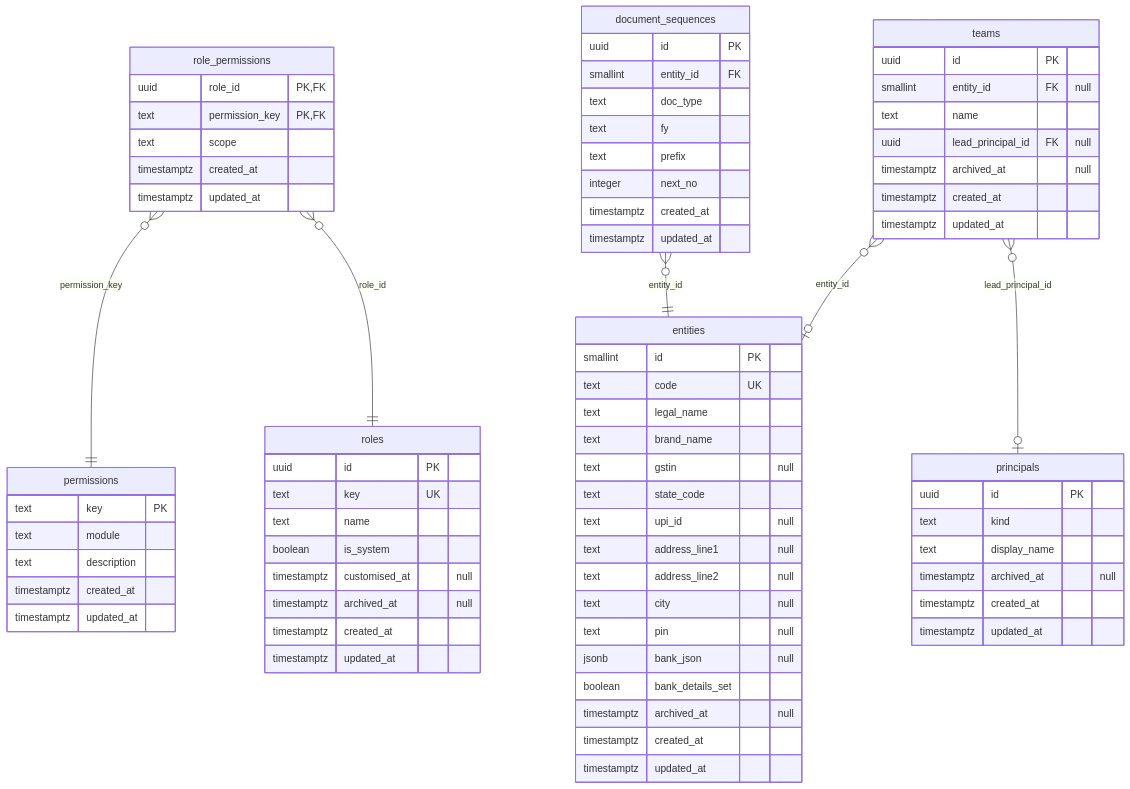
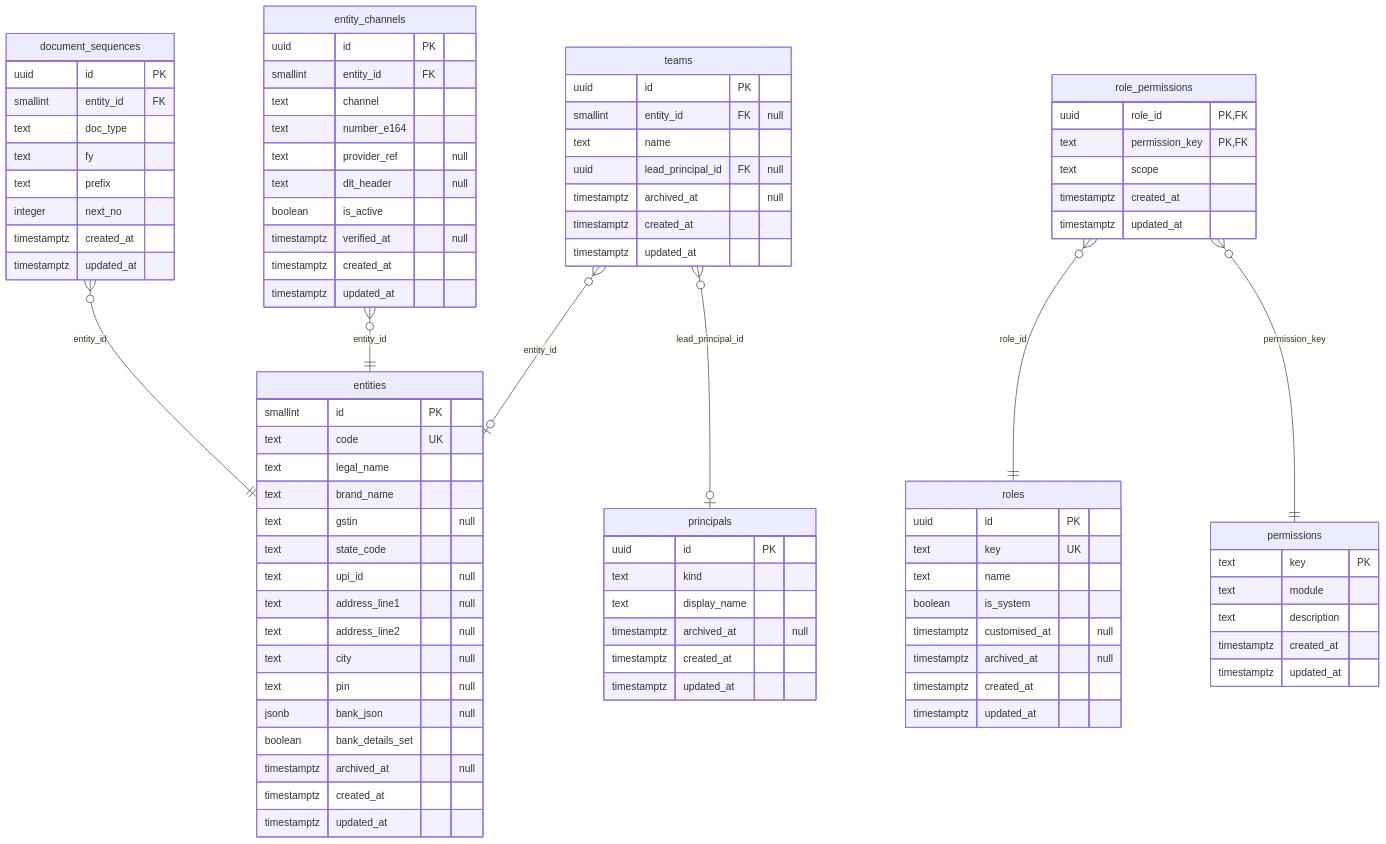
Before and after one commit to techaust/shakti_prime: the first of 16 diagrams in docs/data/erd.md, drawn with Mermaid. The commit also changed 3 other files, not shown here.

First line of the commit message:
docs(e1): entity_channels in DATABASE, data dictionary and state machine defaults

```diff
--- a/docs/data/erd.md
+++ b/docs/data/erd.md
@@ -35,6 +35,18 @@
     jsonb bank_json "null"
     boolean bank_details_set
     timestamptz archived_at "null"
+    timestamptz created_at
+    timestamptz updated_at
+  }
+  entity_channels {
+    uuid id PK
+    smallint entity_id FK
+    text channel
+    text number_e164
+    text provider_ref "null"
+    text dlt_header "null"
+    boolean is_active
+    timestamptz verified_at "null"
     timestamptz created_at
     timestamptz updated_at
   }
@@ -80,6 +92,7 @@
     timestamptz updated_at
   }
   document_sequences }o--|| entities : "entity_id"
+  entity_channels }o--|| entities : "entity_id"
   role_permissions }o--|| permissions : "permission_key"
   role_permissions }o--|| roles : "role_id"
   teams }o--o| entities : "entity_id"
```
